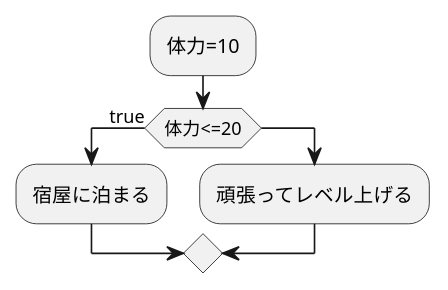
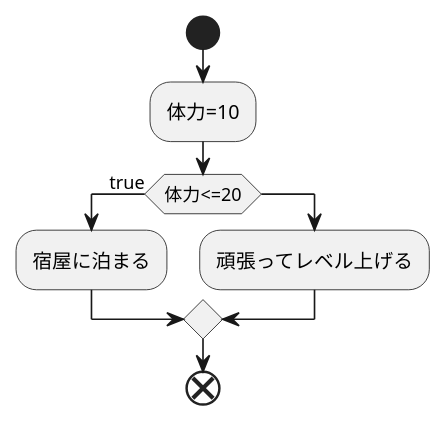
The diagram in flow.md (nishino-naoyuki/2021sys-design), drawn with PlantUML before and after one commit.

````diff
--- a/flow.md
+++ b/flow.md
@@ -1,10 +1,12 @@
 ```uml
 @startuml
+start
 :体力=10;
 if(体力<=20) then (true)
 :宿屋に泊まる;
 else
 :頑張ってレベル上げる;
 endif
+end
 @enduml
 ```
````
